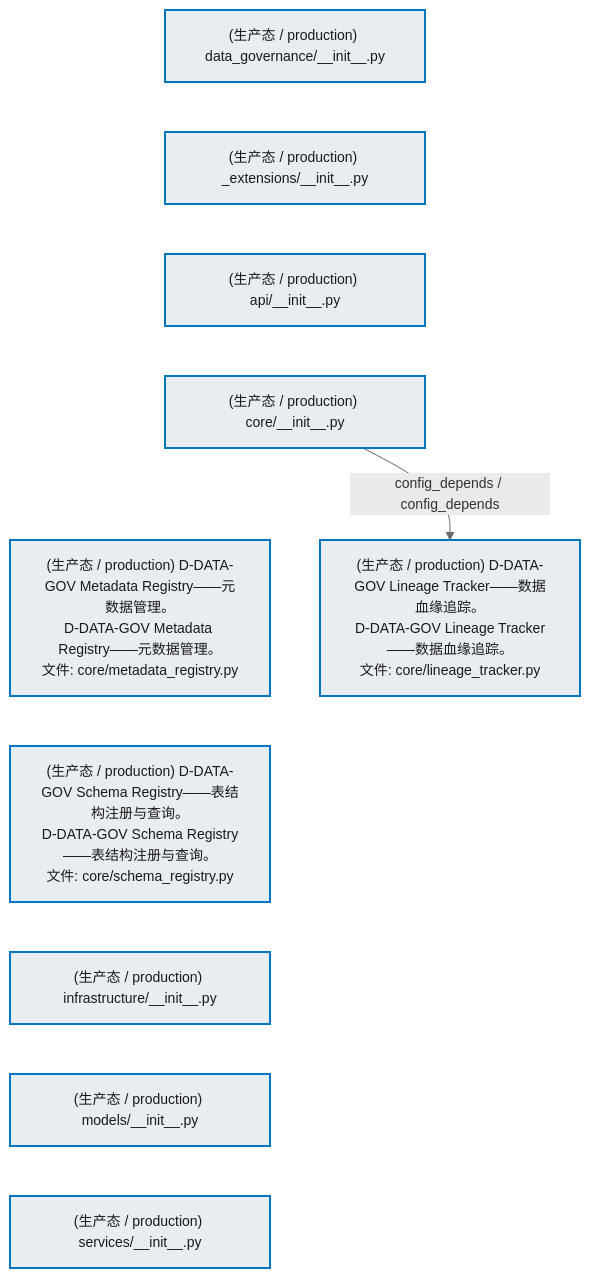
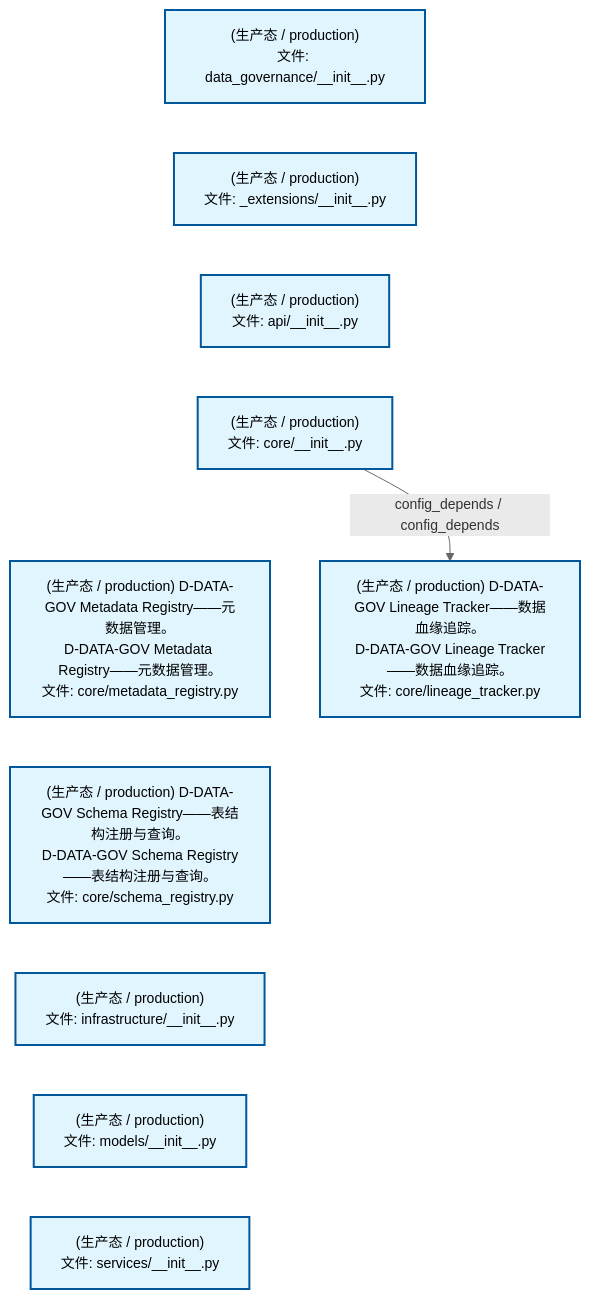
Before and after one commit to xuanFelixVan/ZephyrAlpha: the second of 2 diagrams in docs/02_enterprise_architecture/02_domain_architecture_docs/13_d_data_gov.md, drawn with Mermaid. The commit also changed other lines of this file and 75 other files, not shown here.

````diff
--- a/docs/02_enterprise_architecture/02_domain_architecture_docs/13_d_data_gov.md
+++ b/docs/02_enterprise_architecture/02_domain_architecture_docs/13_d_data_gov.md
@@ -105,28 +105,28 @@
 ```mermaid
 %%{init: {'theme': 'base', 'themeVariables': {'primaryColor': '#eaeaea', 'primaryTextColor': '#333333', 'primaryBorderColor': '#666666', 'lineColor': '#666666', 'secondaryColor': '#eaeaea', 'tertiaryColor': '#eaeaea', 'fontSize': '14px'}}}%%
 flowchart TD
-    src_zephyr_data_governance_init_py["(生产态 / production) data_governance/__init__.py"]
-    src_zephyr_data_governance_extensions_init_py["(生产态 / production) _extensions/__init__.py"]
-    src_zephyr_data_governance_api_init_py["(生产态 / production) api/__init__.py"]
-    src_zephyr_data_governance_core_init_py["(生产态 / production) core/__init__.py"]
+    src_zephyr_data_governance_init_py["(生产态 / production)<br/>文件: data_governance/__init__.py"]
+    src_zephyr_data_governance_extensions_init_py["(生产态 / production)<br/>文件: _extensions/__init__.py"]
+    src_zephyr_data_governance_api_init_py["(生产态 / production)<br/>文件: api/__init__.py"]
+    src_zephyr_data_governance_core_init_py["(生产态 / production)<br/>文件: core/__init__.py"]
     src_zephyr_data_governance_core_metadata_registry_py["(生产态 / production) D-DATA-GOV Metadata Registry——元数据管理。<br/>D-DATA-GOV Metadata Registry——元数据管理。<br/>文件: core/metadata_registry.py"]
     src_zephyr_data_governance_core_schema_registry_py["(生产态 / production) D-DATA-GOV Schema Registry——表结构注册与查询。<br/>D-DATA-GOV Schema Registry——表结构注册与查询。<br/>文件: core/schema_registry.py"]
-    src_zephyr_data_governance_infrastructure_init_py["(生产态 / production) infrastructure/__init__.py"]
-    src_zephyr_data_governance_models_init_py["(生产态 / production) models/__init__.py"]
-    src_zephyr_data_governance_services_init_py["(生产态 / production) services/__init__.py"]
+    src_zephyr_data_governance_infrastructure_init_py["(生产态 / production)<br/>文件: infrastructure/__init__.py"]
+    src_zephyr_data_governance_models_init_py["(生产态 / production)<br/>文件: models/__init__.py"]
+    src_zephyr_data_governance_services_init_py["(生产态 / production)<br/>文件: services/__init__.py"]
     src_zephyr_data_governance_init_py ~~~ src_zephyr_data_governance_extensions_init_py
     src_zephyr_data_governance_extensions_init_py ~~~ src_zephyr_data_governance_api_init_py
     src_zephyr_data_governance_api_init_py ~~~ src_zephyr_data_governance_core_init_py
     src_zephyr_data_governance_core_init_py ~~~ src_zephyr_data_governance_core_metadata_registry_py
     src_zephyr_data_governance_core_metadata_registry_py ~~~ src_zephyr_data_governance_core_schema_registry_py
     src_zephyr_data_governance_core_schema_registry_py ~~~ src_zephyr_data_governance_infrastructure_init_py
     src_zephyr_data_governance_infrastructure_init_py ~~~ src_zephyr_data_governance_models_init_py
     src_zephyr_data_governance_models_init_py ~~~ src_zephyr_data_governance_services_init_py
     src_zephyr_data_governance_core_lineage_tracker_py["(生产态 / production) D-DATA-GOV Lineage Tracker——数据血缘追踪。<br/>D-DATA-GOV Lineage Tracker——数据血缘追踪。<br/>文件: core/lineage_tracker.py"]
     src_zephyr_data_governance_core_init_py -->|config_depends / config_depends| src_zephyr_data_governance_core_lineage_tracker_py
-    classDef production fill:#e8edf2,stroke:#0277bd,stroke-width:2px,color:#1a1a1a
-    classDef design fill:#f0ebe3,stroke:#bf360c,stroke-width:2px,color:#1a1a1a,stroke-dasharray: 5 5
-    classDef external_prod fill:#e8efe9,stroke:#1b5e20,stroke-width:1px,color:#1a1a1a
-    classDef external_design fill:#efe5ea,stroke:#880e4f,stroke-width:1px,color:#1a1a1a,stroke-dasharray: 5 5
+    classDef production fill:#e1f5fe,stroke:#01579b,stroke-width:2px,color:#000
+    classDef design fill:#fff3e0,stroke:#e65100,stroke-width:2px,color:#000,stroke-dasharray: 5 5
+    classDef external_prod fill:#e8f4fd,stroke:#0277bd,stroke-width:1px,color:#000
+    classDef external_design fill:#fff8e7,stroke:#ef6c00,stroke-width:1px,color:#000,stroke-dasharray: 5 5
     class src_zephyr_data_governance_init_py,src_zephyr_data_governance_extensions_init_py,src_zephyr_data_governance_api_init_py,src_zephyr_data_governance_core_init_py,src_zephyr_data_governance_core_lineage_tracker_py,src_zephyr_data_governance_core_metadata_registry_py,src_zephyr_data_governance_core_schema_registry_py,src_zephyr_data_governance_infrastructure_init_py,src_zephyr_data_governance_models_init_py,src_zephyr_data_governance_services_init_py production
 ```
````
